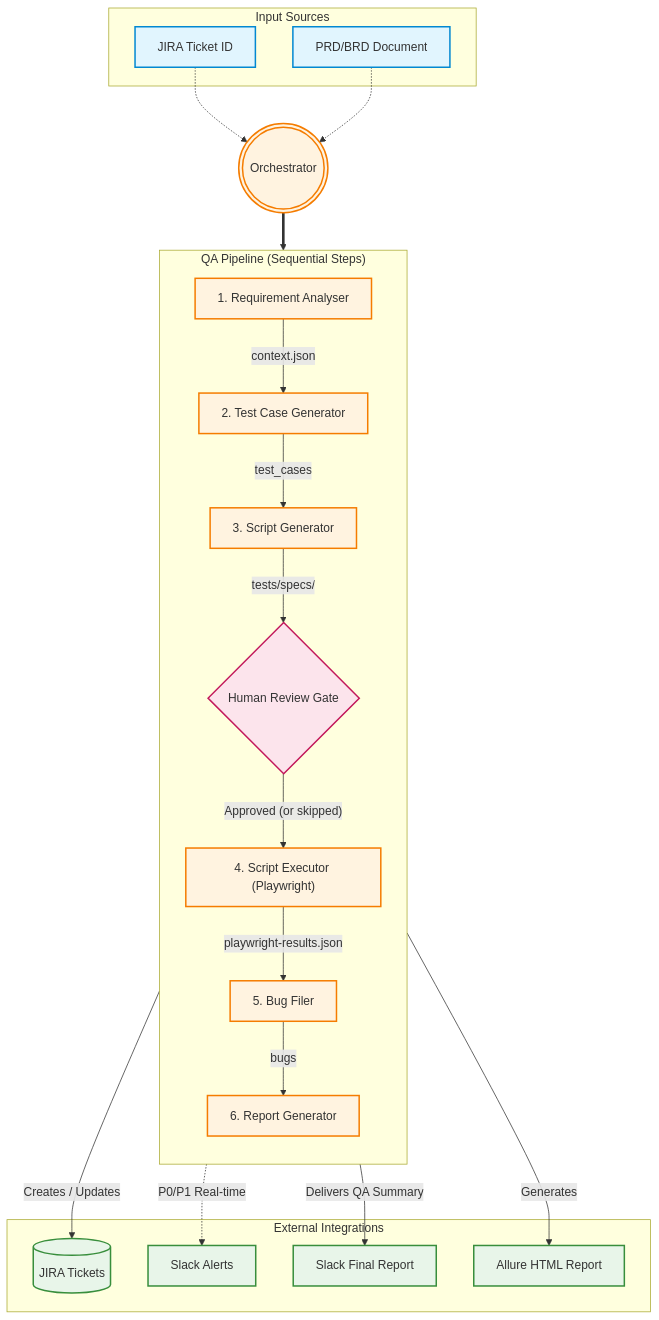
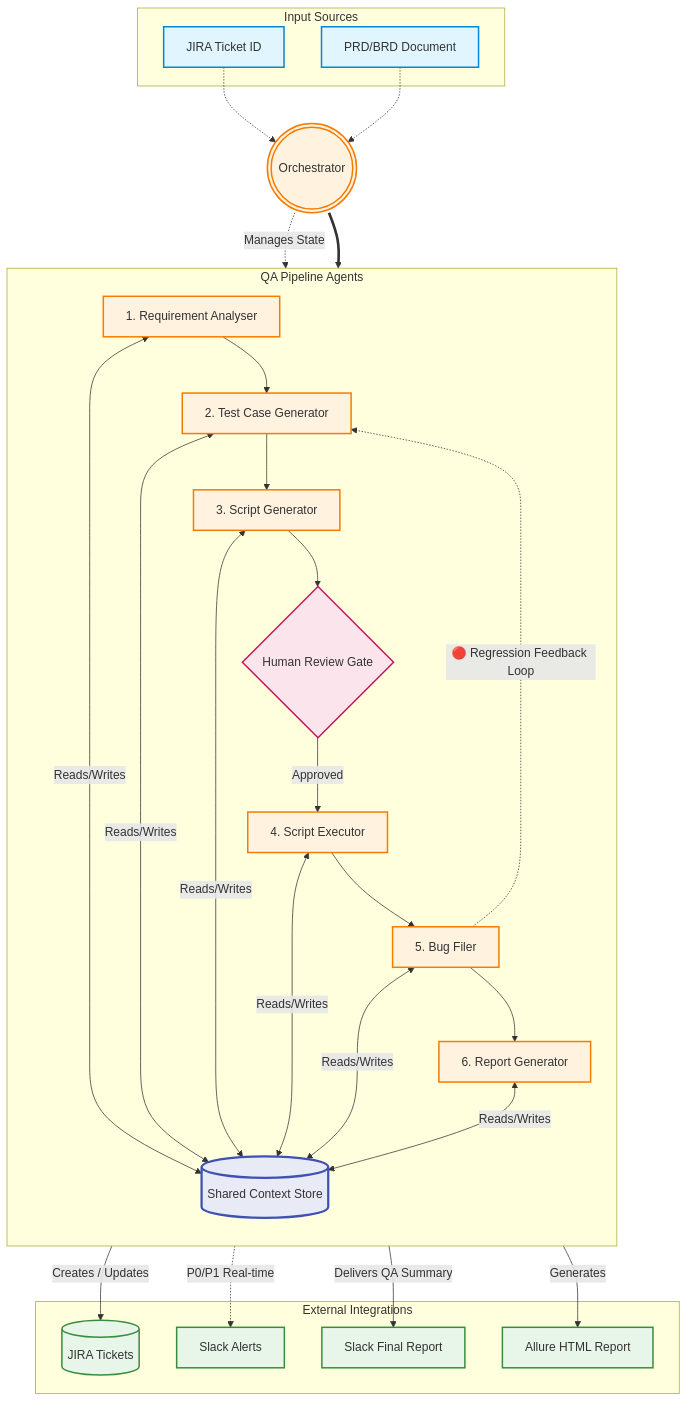
Before and after one commit to palkitrathod/QA_Full_Workflow: the diagram in README.md, drawn with Mermaid.

Commit message:
Update Mermaid diagram to match Google Doc architecture details

````diff
--- a/README.md
+++ b/README.md
@@ -7,59 +7,74 @@
 ```mermaid
 flowchart TD
     %% Input Sources
     subgraph Inputs ["Input Sources"]
         A1["JIRA Ticket ID"]
         A2["PRD/BRD Document"]
     end
 
-    %% Central Controller
+    %% Central Controller & State
     O((("Orchestrator")))
+    CTX[("Shared Context Store")]
+
     A1 -.-> O
     A2 -.-> O
+    O -.->|"Manages State"| CTX
 
-    %% Sequential Pipeline Steps
-    subgraph Pipeline ["QA Pipeline (Sequential Steps)"]
+    %% Pipeline Agents
+    subgraph Pipeline ["QA Pipeline Agents"]
         direction TB
         S1["1. Requirement Analyser"]
         S2["2. Test Case Generator"]
         S3["3. Script Generator"]
         HG{"Human Review Gate"}
-        S4["4. Script Executor (Playwright)"]
+        S4["4. Script Executor"]
         S5["5. Bug Filer"]
         S6["6. Report Generator"]
 
-        S1 -->|"context.json"| S2
-        S2 -->|"test_cases"| S3
-        S3 -->|"tests/specs/"| HG
-        HG -->|"Approved (or skipped)"| S4
-        S4 -->|"playwright-results.json"| S5
-        S5 -->|"bugs"| S6
+        S1 <-->|"Reads/Writes"| CTX
+        S2 <-->|"Reads/Writes"| CTX
+        S3 <-->|"Reads/Writes"| CTX
+        S4 <-->|"Reads/Writes"| CTX
+        S5 <-->|"Reads/Writes"| CTX
+        S6 <-->|"Reads/Writes"| CTX
+
+        S1 --> S2
+        S2 --> S3
+        S3 --> HG
+        HG -->|"Approved"| S4
+        S4 --> S5
+        S5 --> S6
+        
+        %% Regression Feedback Loop
+        S5 -.->|"🔴 Regression Feedback Loop"| S2
     end
 
     O ==> Pipeline
 
     %% Outputs
     subgraph Outputs ["External Integrations"]
         J1[("JIRA Tickets")]
         S_Alert["Slack Alerts"]
         S_Report["Slack Final Report"]
         A_Report["Allure HTML Report"]
     end
 
     %% Connections to outputs
     S5 -->|"Creates / Updates"| J1
     S5 -.->|"P0/P1 Real-time"| S_Alert
     S6 -->|"Delivers QA Summary"| S_Report
     S4 -->|"Generates"| A_Report
 
     classDef default fill:#f9f9f9,stroke:#333,stroke-width:2px;
     classDef input fill:#e1f5fe,stroke:#0288d1;
     classDef core fill:#fff3e0,stroke:#f57c00;
     classDef output fill:#e8f5e9,stroke:#388e3c;
     classDef gate fill:#fce4ec,stroke:#c2185b;
+    classDef store fill:#e8eaf6,stroke:#3f51b5,stroke-width:3px;
 
     class A1,A2 input;
     class O,S1,S2,S3,S4,S5,S6 core;
     class J1,S_Alert,S_Report,A_Report output;
     class HG gate;
+    class CTX store;
 ```
````
